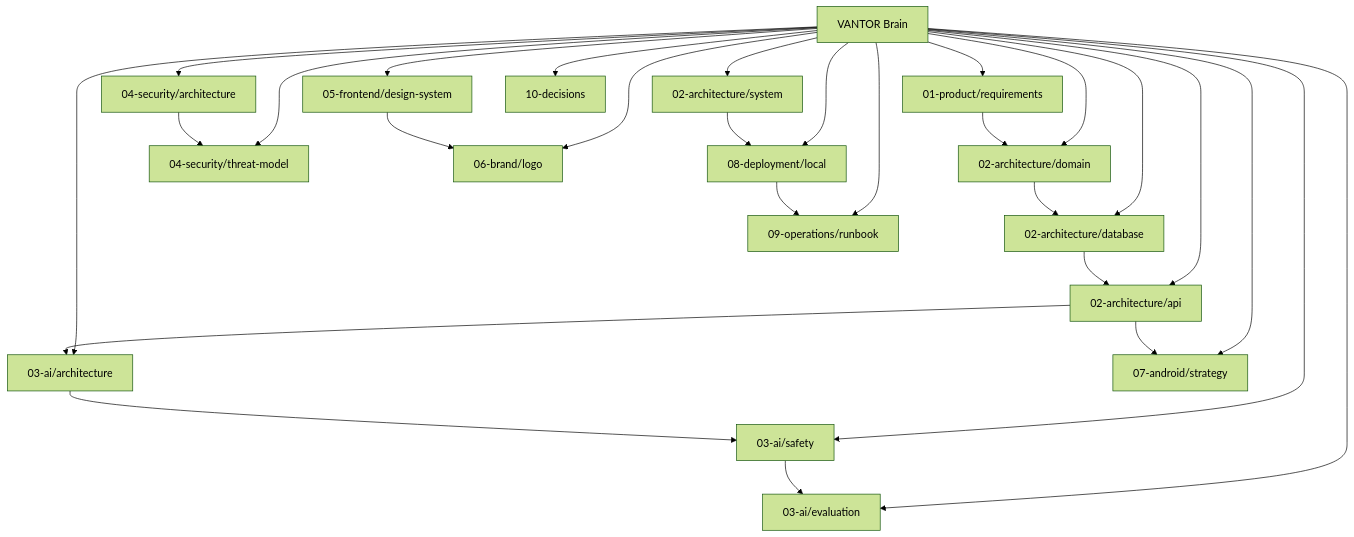
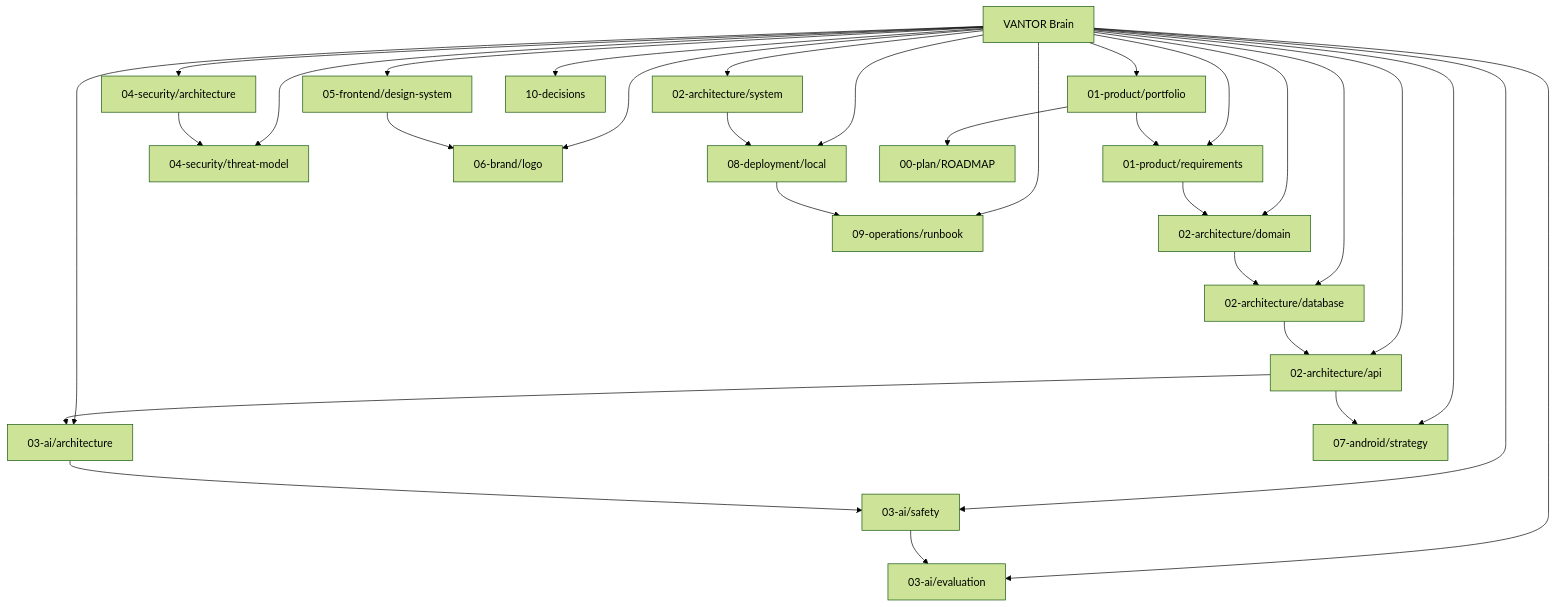
The diagram in docs/BRAIN.md (chandrahotha/Vantor), drawn with Mermaid (forest theme) before and after one commit. The commit also changed other lines of this file and 73 other files, not shown here.

````diff
--- a/docs/BRAIN.md
+++ b/docs/BRAIN.md
@@ -19,25 +20,28 @@
 ```mermaid
 flowchart TD
     BRAIN[VANTOR Brain] --> PRD[01-product/requirements]
+    BRAIN --> PORT[01-product/portfolio]
     BRAIN --> SYS[02-architecture/system]
     BRAIN --> DOM[02-architecture/domain]
     BRAIN --> DB[02-architecture/database]
     BRAIN --> API[02-architecture/api]
     BRAIN --> AI[03-ai/architecture]
     BRAIN --> SAFE[03-ai/safety]
     BRAIN --> EVAL[03-ai/evaluation]
     BRAIN --> SEC[04-security/architecture]
     BRAIN --> THREAT[04-security/threat-model]
     BRAIN --> UI[05-frontend/design-system]
     BRAIN --> BRAND[06-brand/logo]
     BRAIN --> ANDROID[07-android/strategy]
     BRAIN --> DEPLOY[08-deployment/local]
     BRAIN --> OPS[09-operations/runbook]
     BRAIN --> ADR[10-decisions]
     PRD --> DOM --> DB --> API --> AI
+    PORT --> PRD
+    PORT --> ROADMAP[00-plan/ROADMAP]
     API --> ANDROID
     AI --> SAFE --> EVAL
     SEC --> THREAT
     SYS --> DEPLOY --> OPS
     UI --> BRAND
 ```
````
